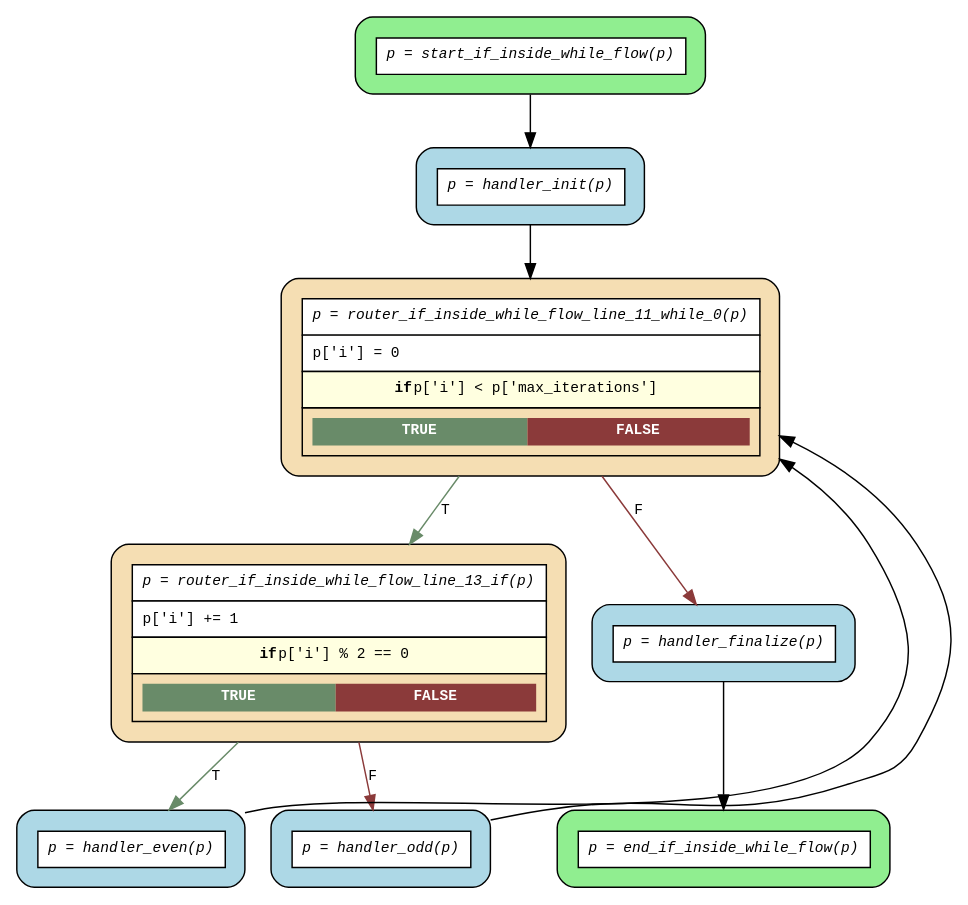
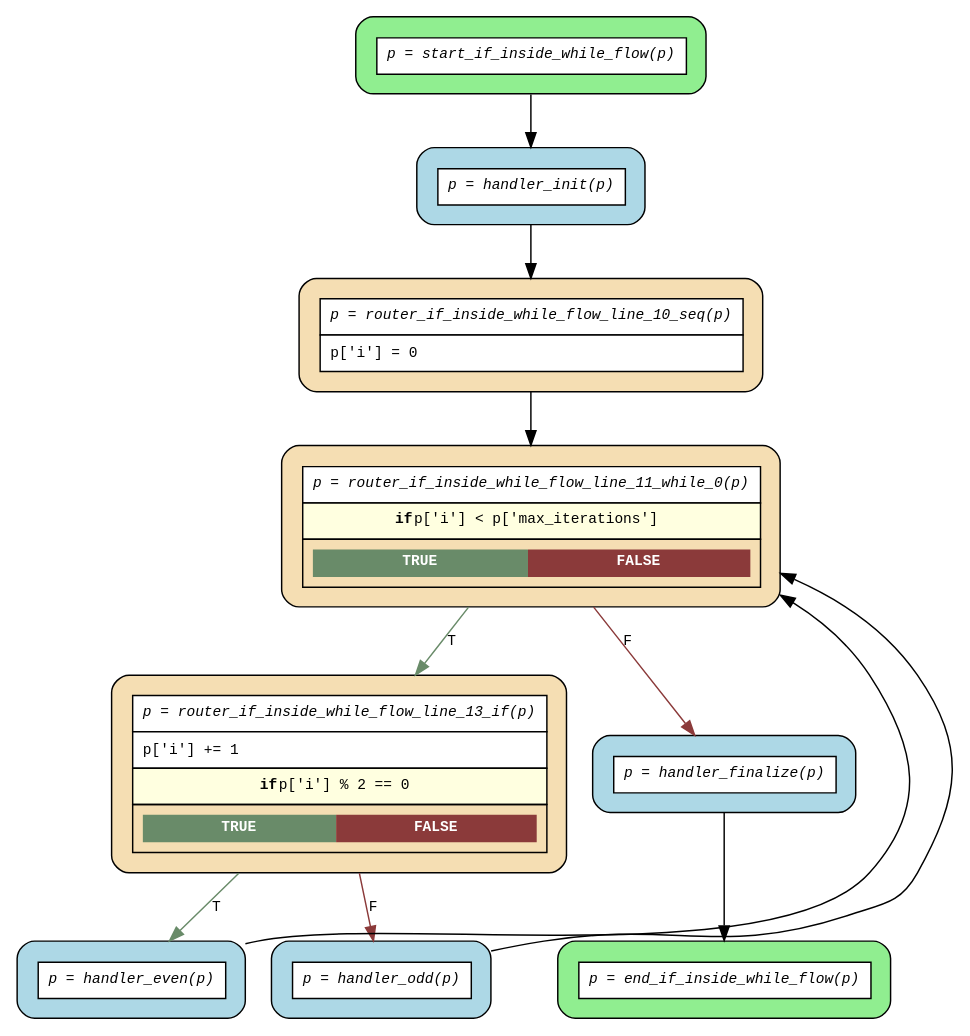
One commit to deliveryhero/asya changed the diagram in examples/flows/compiled/while_with_if/flow.dot. Above: the diagram before and after it, drawn with Graphviz. The commit also changed 31 other files, not shown here.

```diff
--- a/examples/flows/compiled/while_with_if/flow.dot
+++ b/examples/flows/compiled/while_with_if/flow.dot
@@ -1,25 +1,27 @@
 digraph flow {
   rankdir=TB;
   graph [fontname="Courier", fontsize=10];
   node [fontname="Courier", fontsize=10, shape=box, style="filled,rounded", margin="0.2"];
   edge [fontname="Courier", fontsize=10];
 
   start_if_inside_while_flow [fillcolor="lightgreen", label=<<table border="0" cellspacing="0" cellpadding="6" cellborder="1"><tr><td bgcolor="white" align="center"><i>p = start_if_inside_while_flow(p)</i></td></tr></table>>];
   router_if_inside_while_flow_line_13_if [fillcolor="wheat", label=<<table border="0" cellspacing="0" cellpadding="6" cellborder="1"><tr><td bgcolor="white" align="center"><i>p = router_if_inside_while_flow_line_13_if(p)</i></td></tr><tr><td bgcolor="white" align="left">p['i'] += 1</td></tr><tr><td bgcolor="lightyellow"><b>if</b> p['i'] % 2 == 0</td></tr><tr><td><table border="0" cellspacing="0" cellpadding="4"><tr><td bgcolor="darkseagreen4"><font color="white"><b>TRUE</b></font></td><td bgcolor="indianred4"><font color="white"><b>FALSE</b></font></td></tr></table></td></tr></table>>];
-  router_if_inside_while_flow_line_11_while_0 [fillcolor="wheat", label=<<table border="0" cellspacing="0" cellpadding="6" cellborder="1"><tr><td bgcolor="white" align="center"><i>p = router_if_inside_while_flow_line_11_while_0(p)</i></td></tr><tr><td bgcolor="white" align="left">p['i'] = 0</td></tr><tr><td bgcolor="lightyellow"><b>if</b> p['i'] &lt; p['max_iterations']</td></tr><tr><td><table border="0" cellspacing="0" cellpadding="4"><tr><td bgcolor="darkseagreen4"><font color="white"><b>TRUE</b></font></td><td bgcolor="indianred4"><font color="white"><b>FALSE</b></font></td></tr></table></td></tr></table>>];
+  router_if_inside_while_flow_line_11_while_0 [fillcolor="wheat", label=<<table border="0" cellspacing="0" cellpadding="6" cellborder="1"><tr><td bgcolor="white" align="center"><i>p = router_if_inside_while_flow_line_11_while_0(p)</i></td></tr><tr><td bgcolor="lightyellow"><b>if</b> p['i'] &lt; p['max_iterations']</td></tr><tr><td><table border="0" cellspacing="0" cellpadding="4"><tr><td bgcolor="darkseagreen4"><font color="white"><b>TRUE</b></font></td><td bgcolor="indianred4"><font color="white"><b>FALSE</b></font></td></tr></table></td></tr></table>>];
+  router_if_inside_while_flow_line_10_seq [fillcolor="wheat", label=<<table border="0" cellspacing="0" cellpadding="6" cellborder="1"><tr><td bgcolor="white" align="center"><i>p = router_if_inside_while_flow_line_10_seq(p)</i></td></tr><tr><td bgcolor="white" align="left">p['i'] = 0</td></tr></table>>];
   end_if_inside_while_flow [fillcolor="lightgreen", label=<<table border="0" cellspacing="0" cellpadding="6" cellborder="1"><tr><td bgcolor="white" align="center"><i>p = end_if_inside_while_flow(p)</i></td></tr></table>>];
   handler_even [fillcolor="lightblue", label=<<table border="0" cellspacing="0" cellpadding="6" cellborder="1"><tr><td bgcolor="white" align="center"><i>p = handler_even(p)</i></td></tr></table>>];
   handler_finalize [fillcolor="lightblue", label=<<table border="0" cellspacing="0" cellpadding="6" cellborder="1"><tr><td bgcolor="white" align="center"><i>p = handler_finalize(p)</i></td></tr></table>>];
   handler_init [fillcolor="lightblue", label=<<table border="0" cellspacing="0" cellpadding="6" cellborder="1"><tr><td bgcolor="white" align="center"><i>p = handler_init(p)</i></td></tr></table>>];
   handler_odd [fillcolor="lightblue", label=<<table border="0" cellspacing="0" cellpadding="6" cellborder="1"><tr><td bgcolor="white" align="center"><i>p = handler_odd(p)</i></td></tr></table>>];
 
   handler_even -> router_if_inside_while_flow_line_11_while_0 [constraint=false];
   handler_finalize -> end_if_inside_while_flow;
-  handler_init -> router_if_inside_while_flow_line_11_while_0;
+  handler_init -> router_if_inside_while_flow_line_10_seq;
   handler_odd -> router_if_inside_while_flow_line_11_while_0 [constraint=false];
+  router_if_inside_while_flow_line_10_seq -> router_if_inside_while_flow_line_11_while_0;
   router_if_inside_while_flow_line_11_while_0 -> handler_finalize [label="F", color=indianred4];
   router_if_inside_while_flow_line_11_while_0 -> router_if_inside_while_flow_line_13_if [label="T", color=darkseagreen4];
   router_if_inside_while_flow_line_13_if -> handler_even [label="T", color=darkseagreen4];
   router_if_inside_while_flow_line_13_if -> handler_odd [label="F", color=indianred4];
   start_if_inside_while_flow -> handler_init;
 }
```
